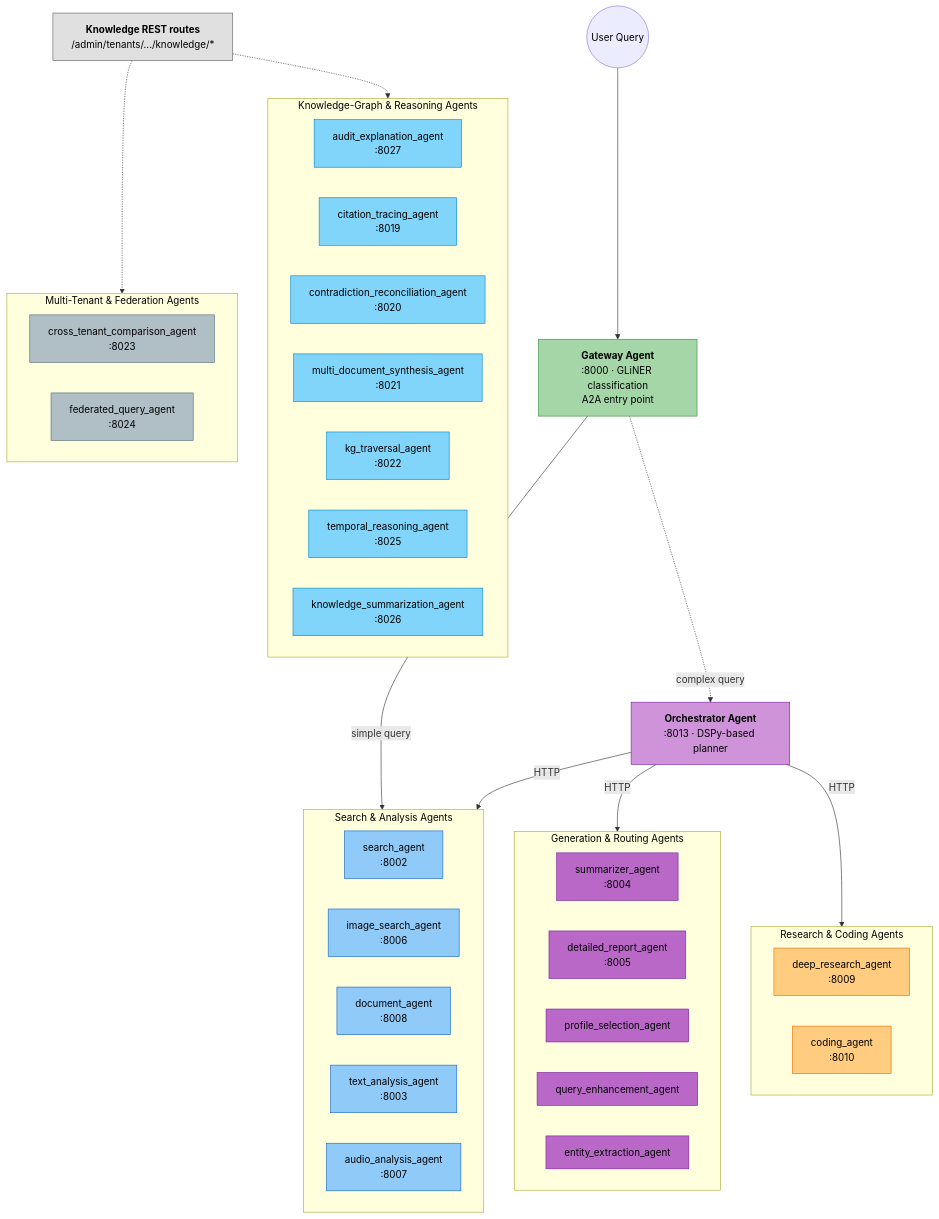
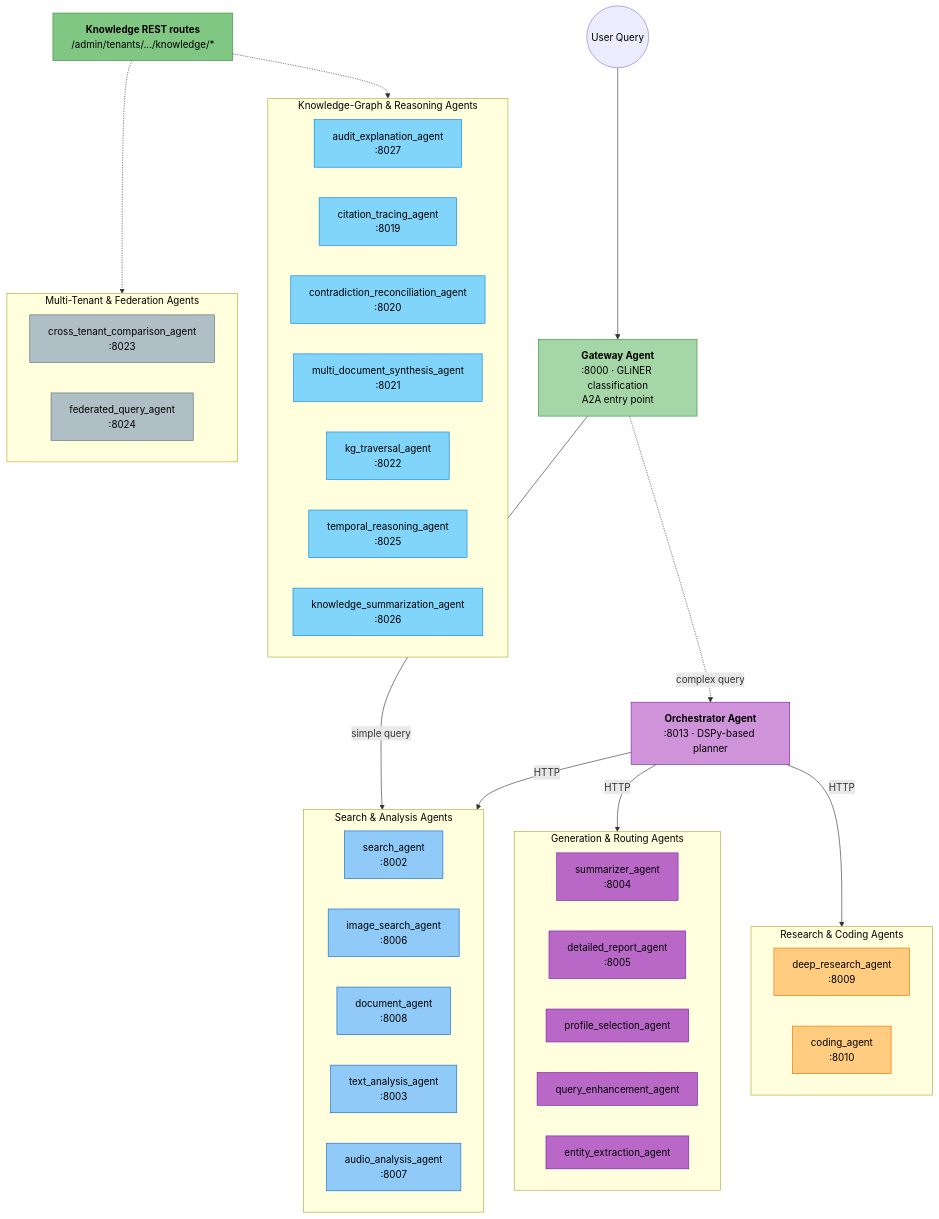
Before and after one commit to amit-jain/cogniverse: the diagram in Readme.md, drawn with Mermaid. The commit also changed other lines of this file and 1 other file, not shown here.

````diff
--- a/Readme.md
+++ b/Readme.md
@@ -227,75 +232,75 @@
 ```mermaid
 flowchart TD
     User(("<span style='color:#000'>User Query</span>"))
     Gateway["<span style='color:#000'><b>Gateway Agent</b><br/>:8000 · GLiNER classification<br/>A2A entry point</span>"]
     Orchestrator["<span style='color:#000'><b>Orchestrator Agent</b><br/>:8013 · DSPy-based planner</span>"]
     Admin["<span style='color:#000'><b>Knowledge REST routes</b><br/>/admin/tenants/.../knowledge/*</span>"]
 
     User --> Gateway
     Gateway -->|"simple query"| SA
     Gateway -.->|"complex query"| Orchestrator
     Orchestrator -->|"HTTP"| SA
     Orchestrator -->|"HTTP"| GR
     Orchestrator -->|"HTTP"| RC
     Admin -.-> KG
     Admin -.-> MT
 
     subgraph SA["<span style='color:#000'>Search &amp; Analysis Agents</span>"]
         direction LR
         sa1["<span style='color:#000'>search_agent<br/>:8002</span>"]
         sa2["<span style='color:#000'>image_search_agent<br/>:8006</span>"]
         sa3["<span style='color:#000'>document_agent<br/>:8008</span>"]
         sa4["<span style='color:#000'>text_analysis_agent<br/>:8003</span>"]
         sa5["<span style='color:#000'>audio_analysis_agent<br/>:8007</span>"]
     end
 
     subgraph GR["<span style='color:#000'>Generation &amp; Routing Agents</span>"]
         direction LR
         gr1["<span style='color:#000'>summarizer_agent<br/>:8004</span>"]
         gr2["<span style='color:#000'>detailed_report_agent<br/>:8005</span>"]
         gr3["<span style='color:#000'>profile_selection_agent</span>"]
         gr4["<span style='color:#000'>query_enhancement_agent</span>"]
         gr5["<span style='color:#000'>entity_extraction_agent</span>"]
     end
 
     subgraph RC["<span style='color:#000'>Research &amp; Coding Agents</span>"]
         direction LR
         rc1["<span style='color:#000'>deep_research_agent<br/>:8009</span>"]
         rc2["<span style='color:#000'>coding_agent<br/>:8010</span>"]
     end
 
     subgraph KG["<span style='color:#000'>Knowledge-Graph &amp; Reasoning Agents</span>"]
         direction LR
         kg1["<span style='color:#000'>audit_explanation_agent<br/>:8027</span>"]
         kg2["<span style='color:#000'>citation_tracing_agent<br/>:8019</span>"]
         kg3["<span style='color:#000'>contradiction_reconciliation_agent<br/>:8020</span>"]
         kg4["<span style='color:#000'>multi_document_synthesis_agent<br/>:8021</span>"]
         kg5["<span style='color:#000'>kg_traversal_agent<br/>:8022</span>"]
         kg6["<span style='color:#000'>temporal_reasoning_agent<br/>:8025</span>"]
         kg7["<span style='color:#000'>knowledge_summarization_agent<br/>:8026</span>"]
     end
 
     subgraph MT["<span style='color:#000'>Multi-Tenant &amp; Federation Agents</span>"]
         direction LR
         mt1["<span style='color:#000'>cross_tenant_comparison_agent<br/>:8023</span>"]
         mt2["<span style='color:#000'>federated_query_agent<br/>:8024</span>"]
     end
 
     classDef gatewayStyle fill:#a5d6a7,stroke:#388e3c,color:#000
     classDef orchStyle fill:#ce93d8,stroke:#7b1fa2,color:#000
-    classDef adminStyle fill:#e0e0e0,stroke:#616161,color:#000
+    classDef adminStyle fill:#81c784,stroke:#388e3c,color:#000
     classDef saStyle fill:#90caf9,stroke:#1565c0,color:#000
     classDef grStyle fill:#ba68c8,stroke:#7b1fa2,color:#000
     classDef rcStyle fill:#ffcc80,stroke:#ef6c00,color:#000
     classDef kgStyle fill:#81d4fa,stroke:#0288d1,color:#000
     classDef mtStyle fill:#b0bec5,stroke:#546e7a,color:#000
 
     class Gateway gatewayStyle
     class Orchestrator orchStyle
     class Admin adminStyle
     class sa1,sa2,sa3,sa4,sa5 saStyle
     class gr1,gr2,gr3,gr4,gr5 grStyle
     class rc1,rc2 rcStyle
     class kg1,kg2,kg3,kg4,kg5,kg6,kg7 kgStyle
     class mt1,mt2 mtStyle
 ```
````
